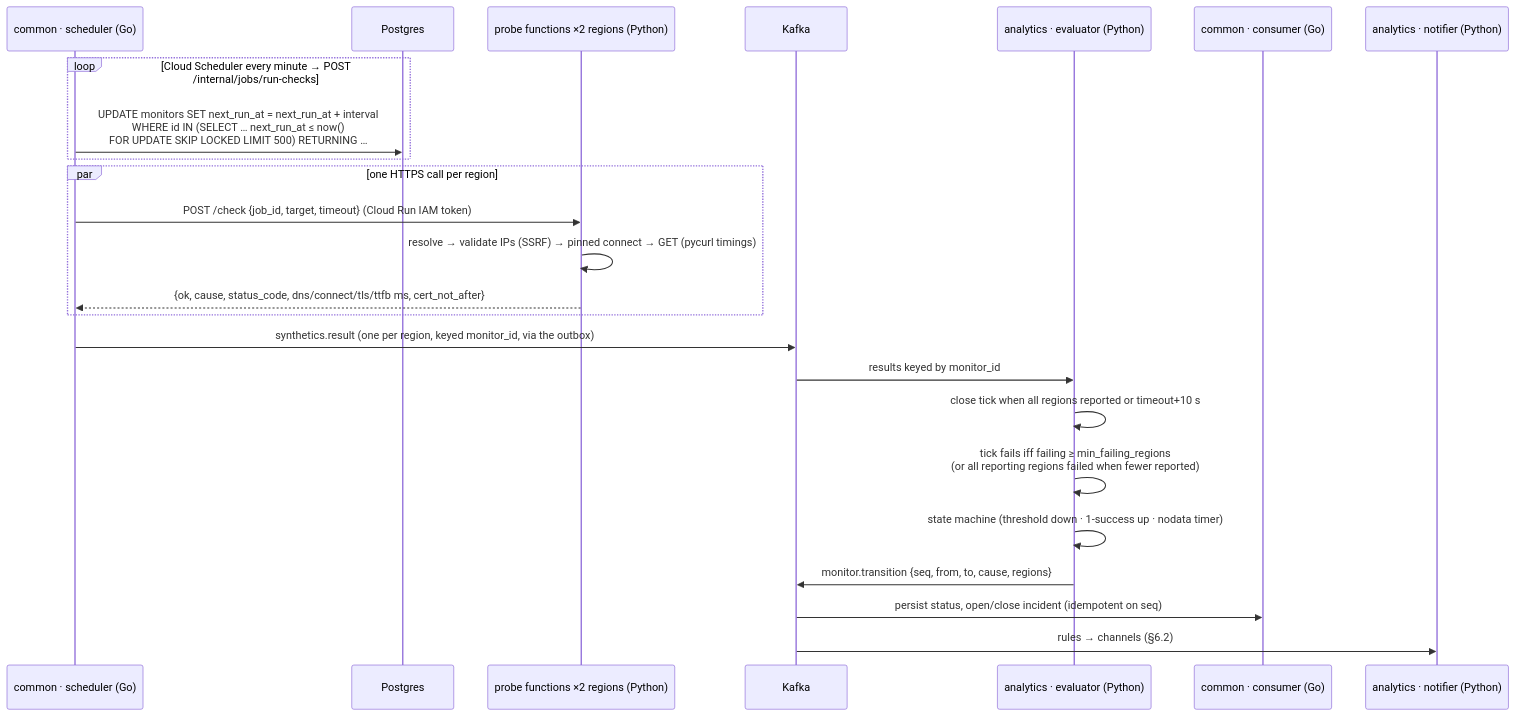
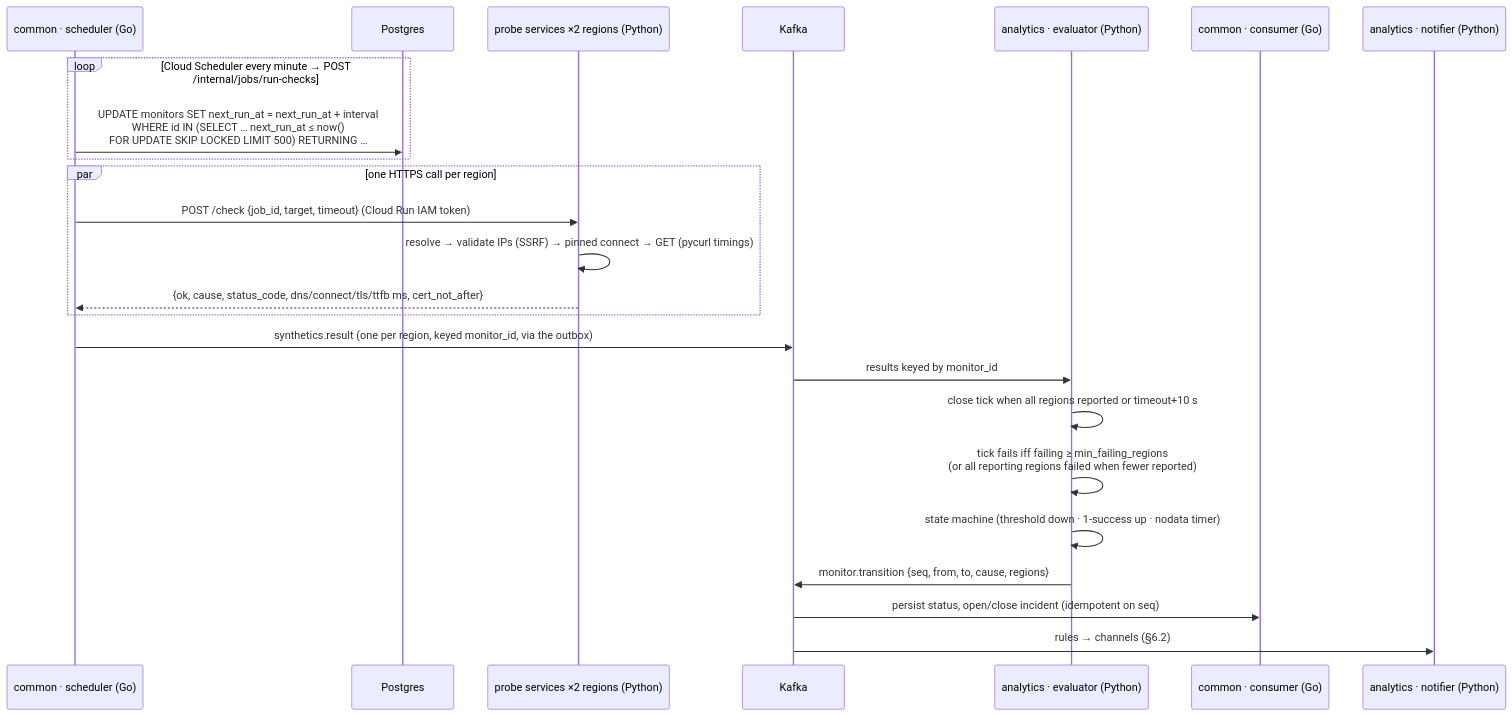
One commit to cuesoftinc/upstat changed the third of 4 diagrams in docs/system-design.md. Above: the diagram before and after it, drawn with Mermaid. The commit also changed other lines of this file and 5 other files, not shown here.

````diff
--- a/docs/system-design.md
+++ b/docs/system-design.md
@@ -352,27 +352,27 @@
 ```mermaid
 sequenceDiagram
     participant S as common · scheduler (Go)
     participant PG as Postgres
-    participant P as probe functions ×2 regions (Python)
+    participant P as probe services ×2 regions (Python)
     participant K as Kafka
     participant E as analytics · evaluator (Python)
     participant C as common · consumer (Go)
     participant N as analytics · notifier (Python)
 
     loop Cloud Scheduler every minute → POST /internal/jobs/run-checks
         S->>PG: UPDATE monitors SET next_run_at = next_run_at + interval<br/>WHERE id IN (SELECT … next_run_at ≤ now()<br/>FOR UPDATE SKIP LOCKED LIMIT 500) RETURNING …
     end
     par one HTTPS call per region
         S->>P: POST /check {job_id, target, timeout} (Cloud Run IAM token)
         P->>P: resolve → validate IPs (SSRF) → pinned connect → GET (pycurl timings)
         P-->>S: {ok, cause, status_code, dns/connect/tls/ttfb ms, cert_not_after}
     end
     S->>K: synthetics.result (one per region, keyed monitor_id, via the outbox)
     K->>E: results keyed by monitor_id
     E->>E: close tick when all regions reported or timeout+10 s
     E->>E: tick fails iff failing ≥ min_failing_regions<br/>(or all reporting regions failed when fewer reported)
     E->>E: state machine (threshold down · 1-success up · nodata timer)
     E->>K: monitor.transition {seq, from, to, cause, regions}
     K->>C: persist status, open/close incident (idempotent on seq)
     K->>N: rules → channels (§6.2)
 ```
````
